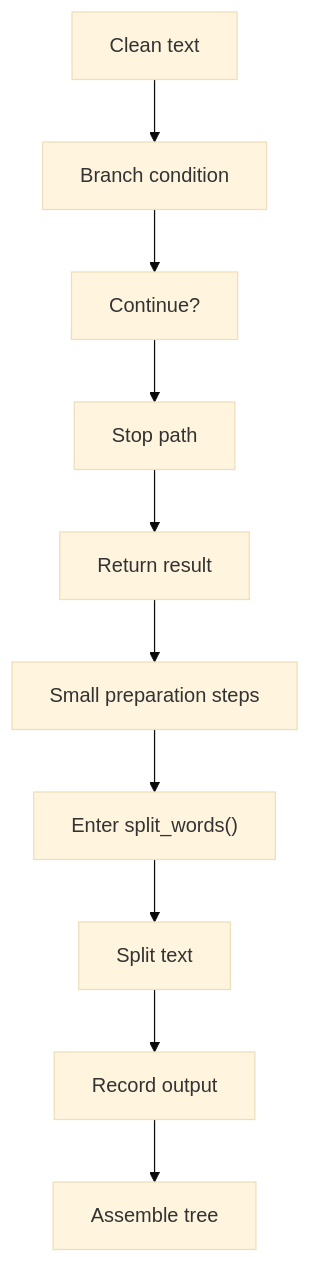
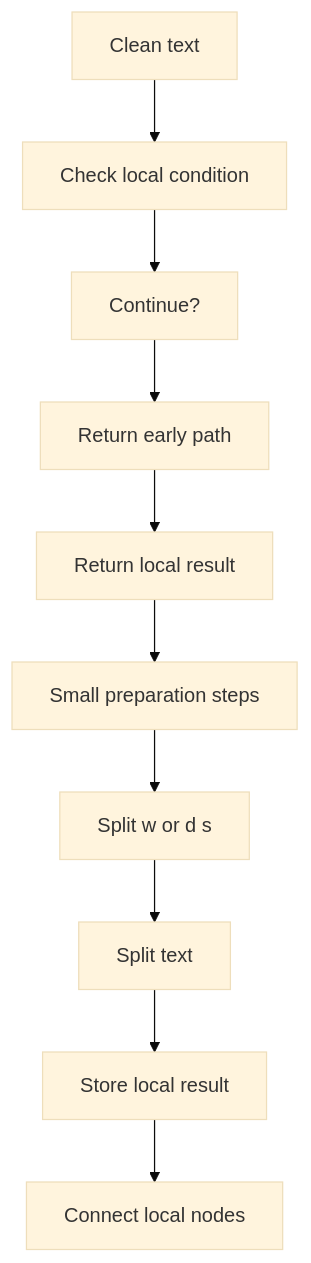
Before and after one commit to JohnAndrewBalbarosa/NeoTerritory: the second of 9 diagrams in docs/Codebase/Microservice/Modules/Source/HashingMechanism/HashLinks/Common/Flow/hash_links_common_program_flow.cpp.md, drawn with Mermaid (base theme). The commit also changed other lines of this file and 925 other files, not shown here.

````diff
--- a/docs/Codebase/Microservice/Modules/Source/HashingMechanism/HashLinks/Common/Flow/hash_links_common_program_flow.cpp.md
+++ b/docs/Codebase/Microservice/Modules/Source/HashingMechanism/HashLinks/Common/Flow/hash_links_common_program_flow.cpp.md
@@ -41,22 +41,22 @@
 ```mermaid
 flowchart TD
     N0["Clean text"]
-    N1["Branch condition"]
+    N1["Check local condition"]
     N2["Continue?"]
-    N3["Stop path"]
-    N4["Return result"]
+    N3["Return early path"]
+    N4["Return local result"]
     N5["Small preparation steps"]
-    N6["Enter split_words()"]
+    N6["Split w or d s"]
     N7["Split text"]
-    N8["Record output"]
-    N9["Assemble tree"]
+    N8["Store local result"]
+    N9["Connect local nodes"]
     N0 --> N1
     N1 --> N2
     N2 --> N3
     N3 --> N4
     N4 --> N5
     N5 --> N6
     N6 --> N7
     N7 --> N8
     N8 --> N9
 ```
````
